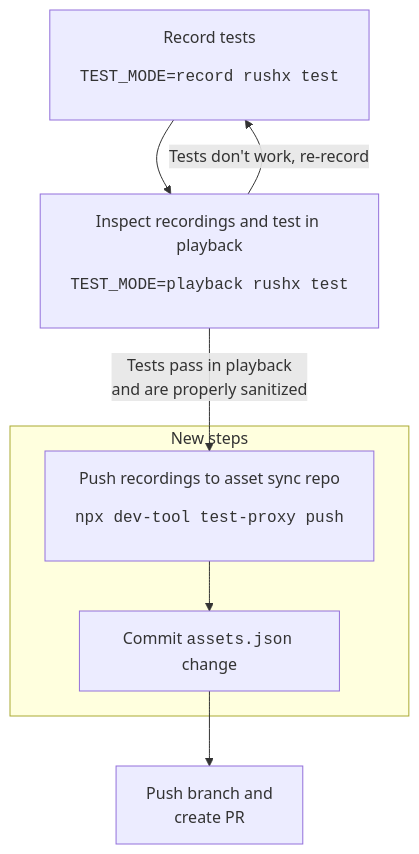
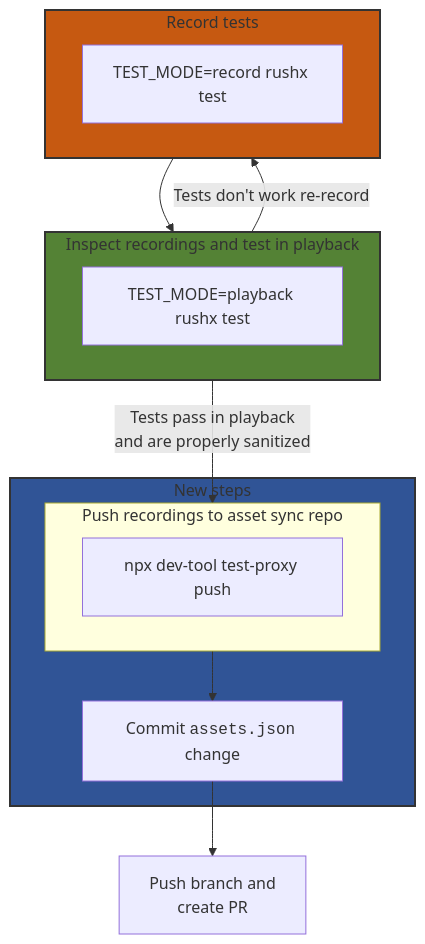
Before and after one commit to Azure/azure-sdk-for-js: the diagram in sdk/test-utils/recorder/ASSET_SYNC_MIGRATION.md, drawn with Mermaid. The commit also changed other lines of this file and 6 other files, not shown here.

First line of the commit message:
[Recorder] [Test Proxy] [Asset Sync] Updates to the docs (#25350)

````diff
--- a/sdk/test-utils/recorder/ASSET_SYNC_MIGRATION.md
+++ b/sdk/test-utils/recorder/ASSET_SYNC_MIGRATION.md
@@ -39,15 +91,31 @@
 ```mermaid
 graph TD
-record[Record tests<pre>TEST_MODE=record rushx test</pre>] -->
-playback[Inspect recordings and test in playback<pre>TEST_MODE=playback rushx test</pre>]
+    subgraph p3 [New steps]
+        subgraph p4 [Push recordings to asset sync repo]
+            push[npx dev-tool test-proxy push]
+        end
+        p4-->assets[Commit <code>assets.json</code> change]
+    end
 
-playback -- Tests don't work, re-record --> record
-playback -- Tests pass in playback\nand are properly sanitized --> push
+    assets --> pr[Push branch and\ncreate PR]
 
-subgraph New steps
-push[Push recordings to asset sync repo<pre>npx dev-tool test-proxy push</pre>] -->
-assets[Commit <code>assets.json</code> change]
-end
+    subgraph p2 [Inspect recordings and test in playback]
+        playback[TEST_MODE=playback rushx test]
+    end
 
-assets --> pr[Push branch and\ncreate PR]
+    subgraph p1 [Record tests]
+        record[TEST_MODE=record rushx test]
+    end
+
+    p1 --> p2
+    p2 -- Tests don't work re-record --> p1
+    p2 -- Tests pass in playback\nand are properly sanitized --> p4
+
+
+    classDef green fill:#548235,stroke:#333,stroke-width:2px
+    classDef orange fill:#C65911,stroke:#333,stroke-width:2px
+    classDef blue fill:#305496,stroke:#333,stroke-width:2px
+    class p1 orange
+    class p2 green
+    class p3 blue
 ```
````
